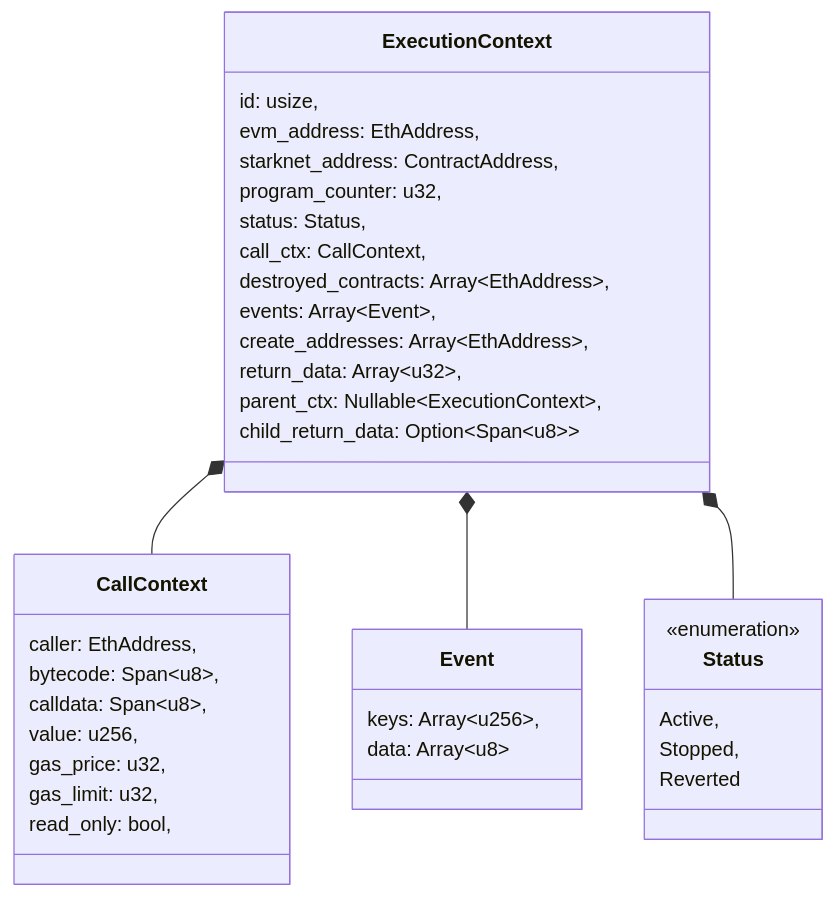
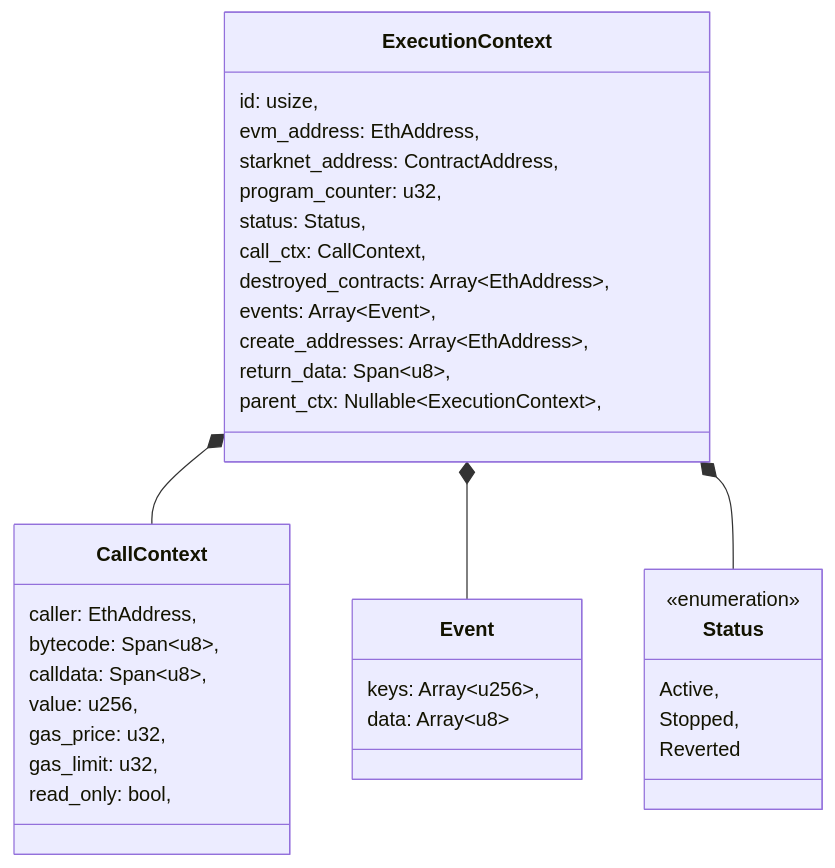
The first of 2 diagrams in docs/general/execution_context.md (kkrt-labs/kakarot-ssj), drawn with Mermaid before and after one commit. The commit also changed 11 other files, not shown here.

Commit message:
refactor: return data behavior

````diff
--- a/docs/general/execution_context.md
+++ b/docs/general/execution_context.md
@@ -16,43 +16,42 @@
 ```mermaid
 classDiagram
     class ExecutionContext{
         id: usize,
         evm_address: EthAddress,
         starknet_address: ContractAddress,
         program_counter: u32,
         status: Status,
         call_ctx: CallContext,
         destroyed_contracts: Array~EthAddress~,
         events: Array~Event~,
         create_addresses: Array~EthAddress~,
-        return_data: Array~u32~,
+        return_data: Span~u8~,
         parent_ctx: Nullable~ExecutionContext~,
-        child_return_data: Option~Span~u8~~
     }
 
     class CallContext{
         caller: EthAddress,
         bytecode: Span~u8~,
         calldata: Span~u8~,
         value: u256,
         gas_price: u32,
         gas_limit: u32,
         read_only: bool,
     }
 
     class Event{
         keys: Array~u256~,
         data: Array~u8~
     }
 
     class Status{
     <<enumeration>>
       Active,
       Stopped,
       Reverted
     }
 
     ExecutionContext *-- CallContext
     ExecutionContext *-- Event
     ExecutionContext *-- Status
 ```
````
